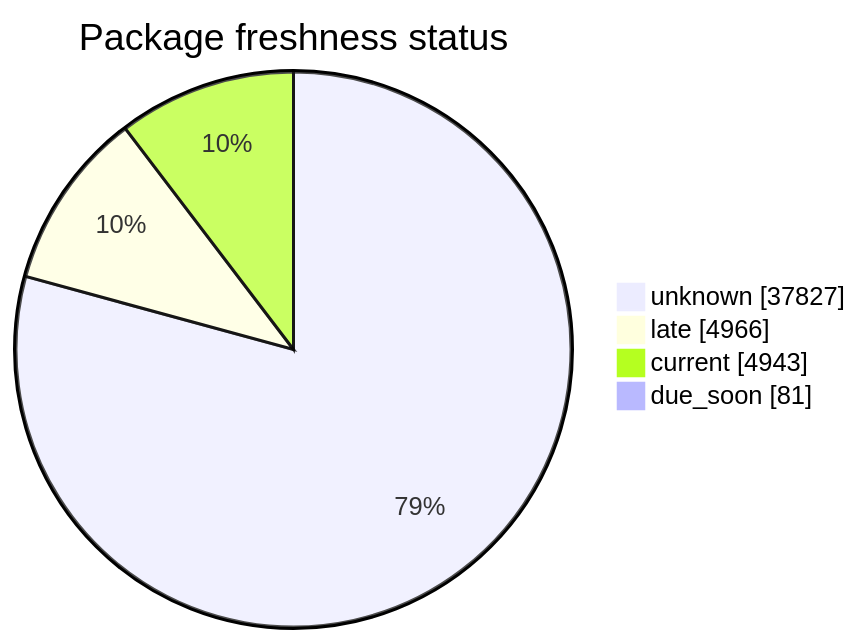
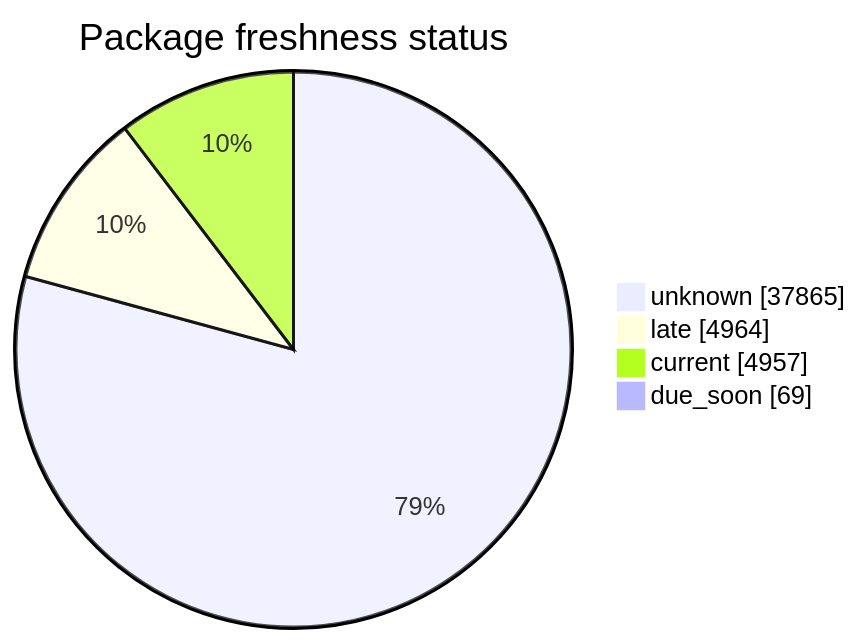
The second of 5 diagrams in FreshCheck/README.md (open-data/analytics-corporate-reporting), drawn with Mermaid before and after one commit. The commit also changed other lines of this file and 3 other files, not shown here.

````diff
--- a/FreshCheck/README.md
+++ b/FreshCheck/README.md
@@ -68,7 +68,7 @@
 ```mermaid
 pie showData title Package freshness status
-    "unknown": 37827
-    "late": 4966
-    "current": 4943
-    "due_soon": 81
+    "unknown": 37865
+    "late": 4964
+    "current": 4957
+    "due_soon": 69
 ```
````
